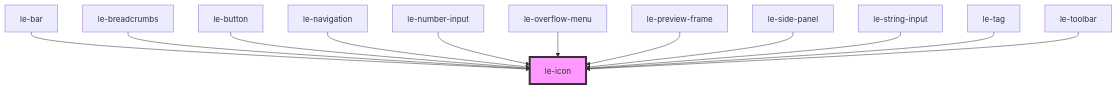
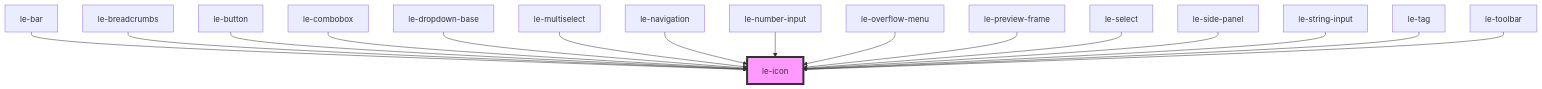
One commit to leechy/le-kit changed the diagram in packages/core/src/components/le-icon/readme.md. Above: the diagram before and after it, drawn with Mermaid. The commit also changed other lines of this file and 46 other files, not shown here.

````diff
--- a/packages/core/src/components/le-icon/readme.md
+++ b/packages/core/src/components/le-icon/readme.md
@@ -37,15 +55,19 @@
 ```mermaid
 graph TD;
   le-bar --> le-icon
   le-breadcrumbs --> le-icon
   le-button --> le-icon
+  le-combobox --> le-icon
+  le-dropdown-base --> le-icon
+  le-multiselect --> le-icon
   le-navigation --> le-icon
   le-number-input --> le-icon
   le-overflow-menu --> le-icon
   le-preview-frame --> le-icon
+  le-select --> le-icon
   le-side-panel --> le-icon
   le-string-input --> le-icon
   le-tag --> le-icon
   le-toolbar --> le-icon
   style le-icon fill:#f9f,stroke:#333,stroke-width:4px
 ```
````
